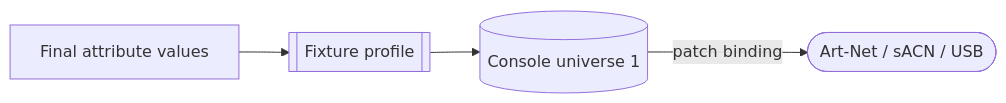
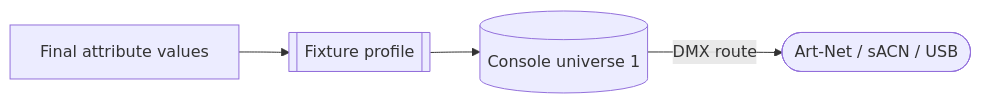
The third of 3 diagrams in docs/internal/src/concepts/show-to-light.md (stewartadam/nightfall-lightdesk), drawn with Mermaid before and after one commit. The commit also changed other lines of this file and 6 other files, not shown here.

````diff
--- a/docs/internal/src/concepts/show-to-light.md
+++ b/docs/internal/src/concepts/show-to-light.md
@@ -110,8 +110,8 @@
 ```mermaid
 flowchart LR
   accTitle: From attribute values to the network
-  accDescr: The fixture profile writes channel values into a console universe. Patch bindings route the console universe to output transports, which send DMX on the network or over USB.
+  accDescr: The fixture profile writes channel values into a console universe. DMX routes send the console universe to output transports, which send DMX on the network or over USB.
   values[Final attribute values] --> profile[[Fixture profile]]
   profile --> console[(Console universe 1)]
-  console -- patch binding --> transport([Art-Net / sACN / USB])
+  console -- DMX route --> transport([Art-Net / sACN / USB])
 ```
````
